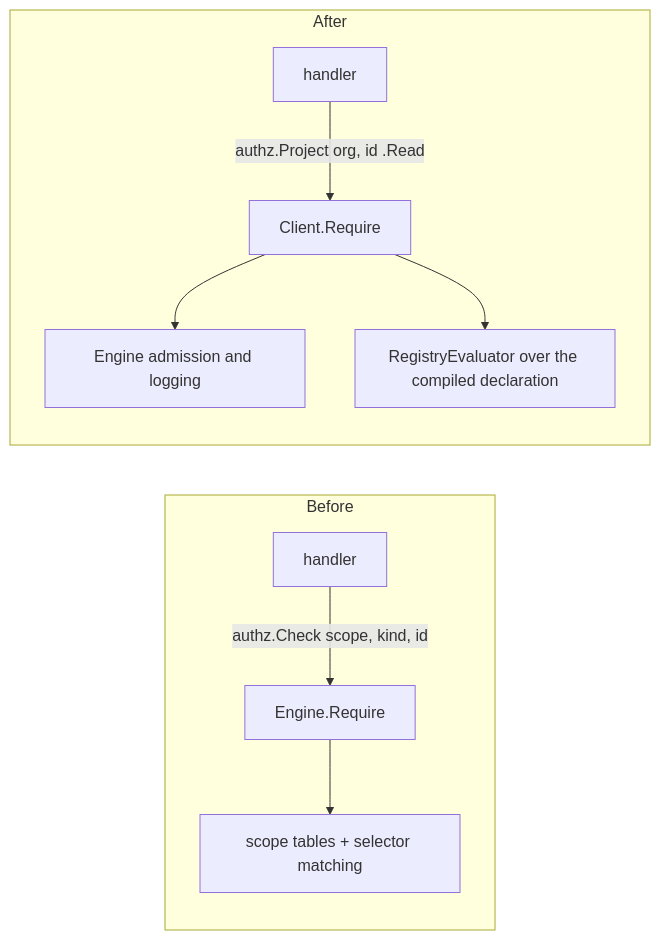
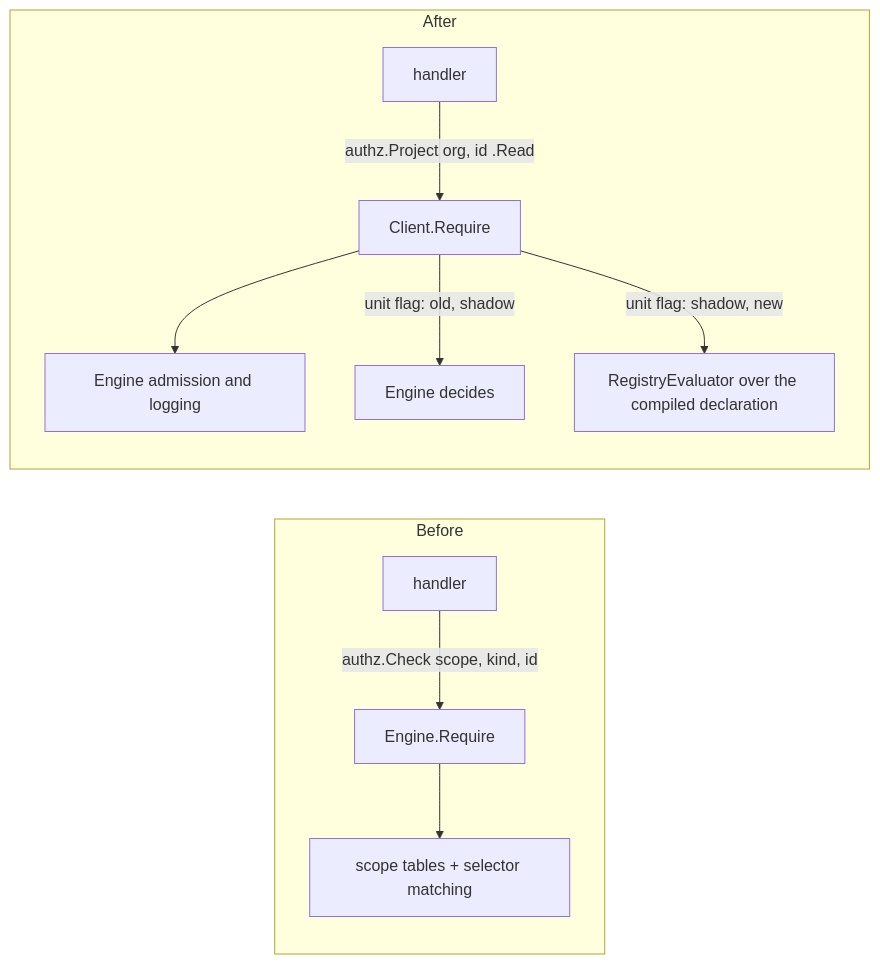
Before and after one commit to speakeasy-api/gram: the diagram in docs/rbac-migrating-a-service.md, drawn with Mermaid. The commit also changed other lines of this file and 19 other files, not shown here.

First line of the commit message:
Route typed authorization calls per migration unit and shadow-compare them

````diff
--- a/docs/rbac-migrating-a-service.md
+++ b/docs/rbac-migrating-a-service.md
@@ -7,12 +7,13 @@
 ```mermaid
 flowchart LR
     subgraph before[Before]
         H1[handler] -->|authz.Check scope, kind, id| E1[Engine.Require]
         E1 --> T1[scope tables + selector matching]
     end
     subgraph after[After]
         H2[handler] -->|authz.Project org, id .Read| C2[Client.Require]
         C2 --> A2[Engine admission and logging]
-        C2 --> R2[RegistryEvaluator over the compiled declaration]
+        C2 -->|unit flag: old, shadow| E2[Engine decides]
+        C2 -->|unit flag: shadow, new| R2[RegistryEvaluator over the compiled declaration]
     end
 ```
````
